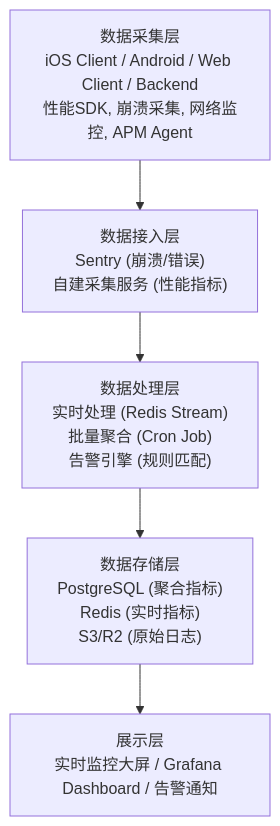
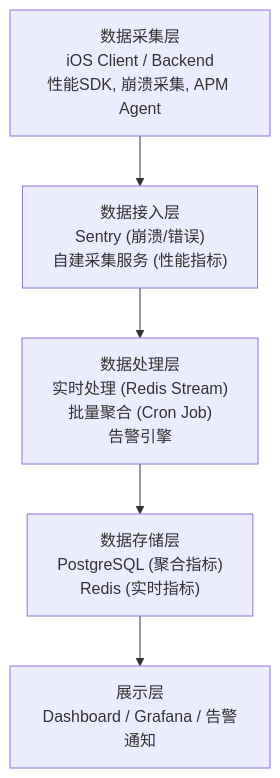
The first of 2 diagrams in 05-operations/monitoring/performance.md (readmigo/docs), drawn with Mermaid before and after one commit. The commit also changed other lines of this file and 27 other files, not shown here.

First line of the commit message:
audit: remove code snippets, update to 2-env architecture across operations and pipeline docs

````diff
--- a/05-operations/monitoring/performance.md
+++ b/05-operations/monitoring/performance.md
@@ -59,10 +35,10 @@
 ```mermaid
 graph TD
-    A["数据采集层<br>iOS Client / Android / Web Client / Backend<br>性能SDK, 崩溃采集, 网络监控, APM Agent"]
+    A["数据采集层<br>iOS Client / Backend<br>性能SDK, 崩溃采集, APM Agent"]
     B["数据接入层<br>Sentry (崩溃/错误)<br>自建采集服务 (性能指标)"]
-    C["数据处理层<br>实时处理 (Redis Stream)<br>批量聚合 (Cron Job)<br>告警引擎 (规则匹配)"]
-    D["数据存储层<br>PostgreSQL (聚合指标)<br>Redis (实时指标)<br>S3/R2 (原始日志)"]
-    E["展示层<br>实时监控大屏 / Grafana Dashboard / 告警通知"]
+    C["数据处理层<br>实时处理 (Redis Stream)<br>批量聚合 (Cron Job)<br>告警引擎"]
+    D["数据存储层<br>PostgreSQL (聚合指标)<br>Redis (实时指标)"]
+    E["展示层<br>Dashboard / Grafana / 告警通知"]
 
     A --> B --> C --> D --> E
 ```
````
